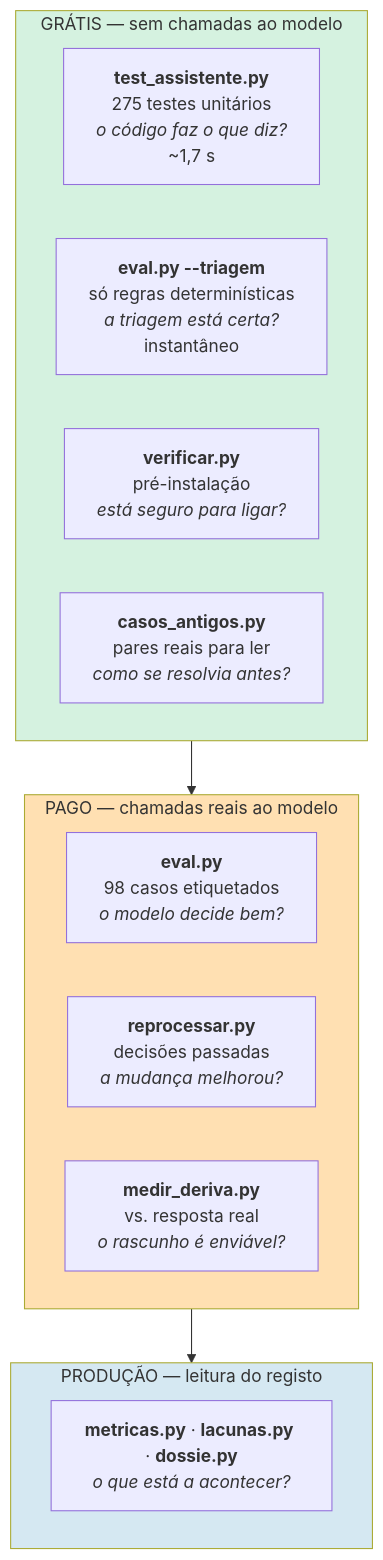
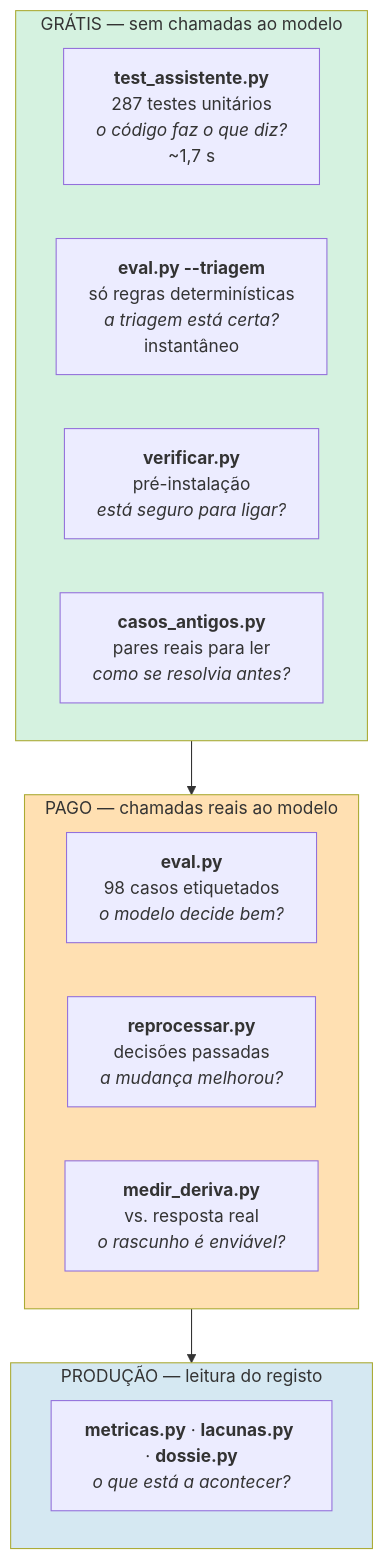
Before and after one commit to joaocarvalhini/Outlook-Reply-Assistant: the first of 3 diagrams in docs/05-reliability/qa.md, drawn with Mermaid. The commit also changed other lines of this file and 9 other files, not shown here.

````diff
--- a/docs/05-reliability/qa.md
+++ b/docs/05-reliability/qa.md
@@ -19,22 +19,22 @@
 ```mermaid
 flowchart TB
     subgraph G["GRÁTIS — sem chamadas ao modelo"]
-        T1["<b>test_assistente.py</b><br/>275 testes unitários<br/><i>o código faz o que diz?</i><br/>~1,7 s"]
+        T1["<b>test_assistente.py</b><br/>287 testes unitários<br/><i>o código faz o que diz?</i><br/>~1,7 s"]
         T2["<b>eval.py --triagem</b><br/>só regras determinísticas<br/><i>a triagem está certa?</i><br/>instantâneo"]
         T3["<b>verificar.py</b><br/>pré-instalação<br/><i>está seguro para ligar?</i>"]
         T4["<b>casos_antigos.py</b><br/>pares reais para ler<br/><i>como se resolvia antes?</i>"]
     end
     subgraph P["PAGO — chamadas reais ao modelo"]
         T5["<b>eval.py</b><br/>98 casos etiquetados<br/><i>o modelo decide bem?</i>"]
         T6["<b>reprocessar.py</b><br/>decisões passadas<br/><i>a mudança melhorou?</i>"]
         T7["<b>medir_deriva.py</b><br/>vs. resposta real<br/><i>o rascunho é enviável?</i>"]
     end
     subgraph PR["PRODUÇÃO — leitura do registo"]
         T8["<b>metricas.py</b> · <b>lacunas.py</b> · <b>dossie.py</b><br/><i>o que está a acontecer?</i>"]
     end
 
     G --> P --> PR
     style G fill:#d5f2e0
     style P fill:#ffe0b2
     style PR fill:#d5e8f2
 ```
````
